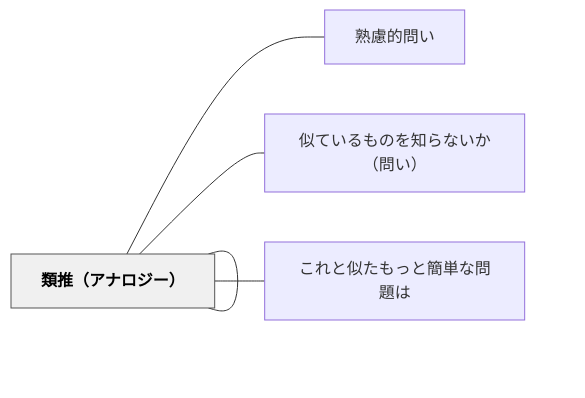
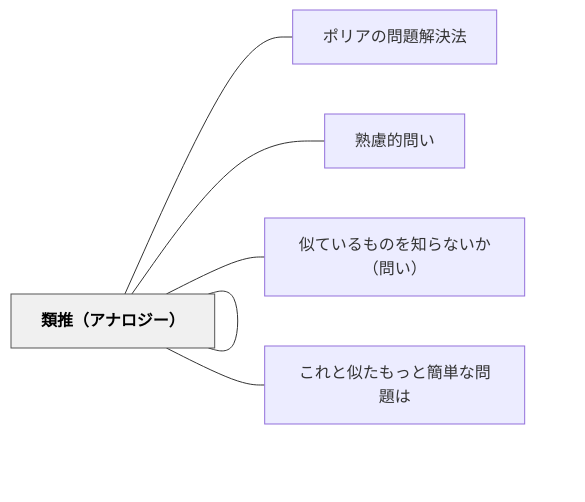
One commit to unknownthings-ed-patterns/unknownthings-ed-patterns changed the diagram in content/パタン/類推的な問題は（問い）.md. Above: the diagram before and after it, drawn with Mermaid. The commit also changed other lines of this file and 473 other files, not shown here.

````diff
--- a/content/パタン/類推的な問題は（問い）.md
+++ b/content/パタン/類推的な問題は（問い）.md
@@ -54,16 +55,18 @@
 ```mermaid
 flowchart LR
     ne9a19ee68ea8["類推的な問題は（問い）"]
+    ne3839de383aa["ポリアの問題解決法"]
     ne7869fe685ae["熟慮的問い"]
     ne4bcbce381a6["似ているものを知らないか（問い）"]
     ne9a19ee68ea8["類推（アナロジー）"]
     ne38193e3828c["これと似たもっと簡単な問題は"]
 
+    ne9a19ee68ea8 --- ne3839de383aa
     ne9a19ee68ea8 --- ne7869fe685ae
     ne9a19ee68ea8 --- ne4bcbce381a6
     ne9a19ee68ea8 --- ne9a19ee68ea8
     ne9a19ee68ea8 --- ne38193e3828c
 
     classDef hub fill:#f0f0f0,stroke:#555,color:#000,font-weight:bold
     class ne9a19ee68ea8 hub
 ```
````
